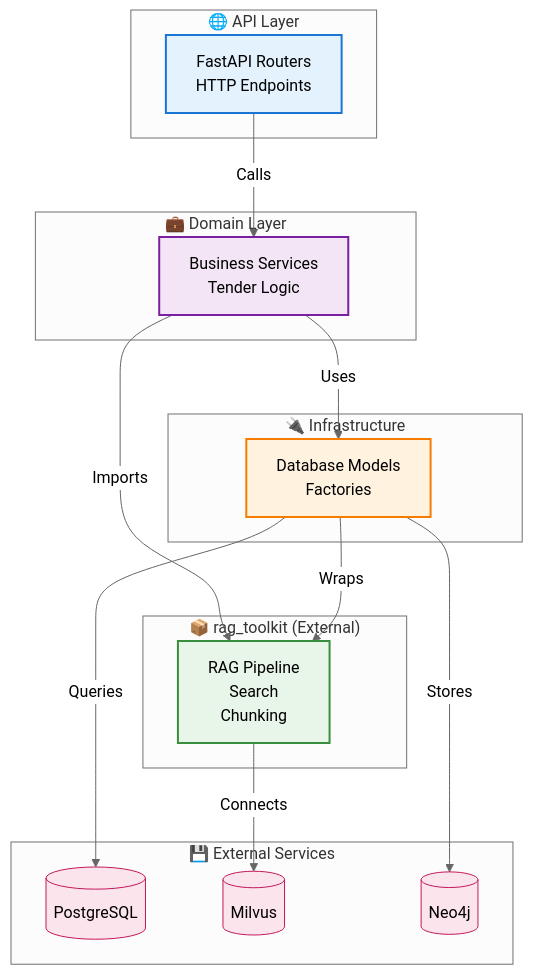
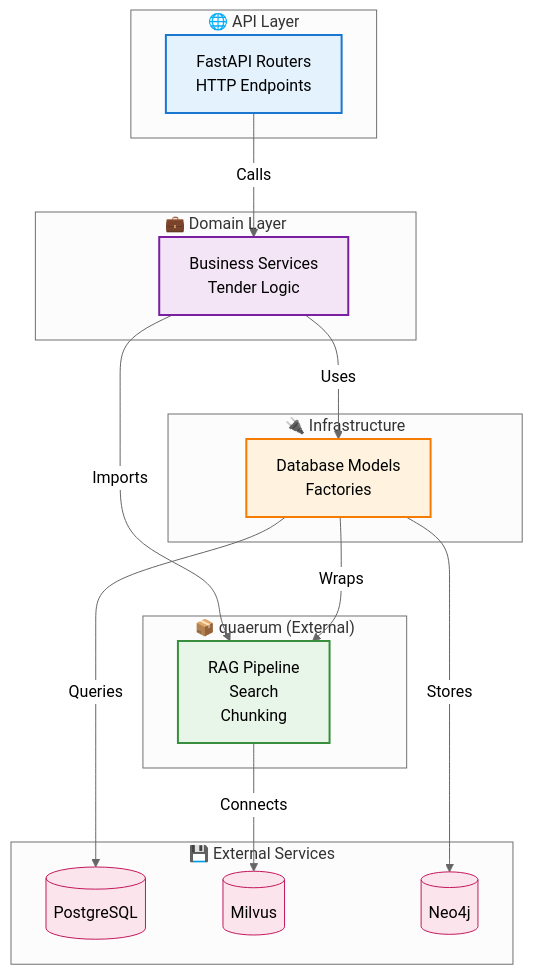
One commit to gmottola00/Tender-RAG-Lab changed the second of 4 diagrams in docs/architecture/overview.md. Above: the diagram before and after it, drawn with Mermaid (neutral theme). The commit also changed other lines of this file and 18 other files, not shown here.

````diff
--- a/docs/architecture/overview.md
+++ b/docs/architecture/overview.md
@@ -123,40 +123,40 @@
 ```mermaid
 graph TB
     subgraph "🌐 API Layer"
         API[FastAPI Routers<br/>HTTP Endpoints]
     end
     
     subgraph "💼 Domain Layer"
         DOM[Business Services<br/>Tender Logic]
     end
     
     subgraph "🔌 Infrastructure"
         INF[Database Models<br/>Factories]
     end
     
-    subgraph "📦 rag_toolkit (External)"
+    subgraph "📦 quaerum (External)"
         RAG[RAG Pipeline<br/>Search<br/>Chunking]
     end
     
     subgraph "💾 External Services"
         DB[(PostgreSQL)]
         VEC[(Milvus)]
         GRAPH[(Neo4j)]
     end
     
     API -->|"Calls"| DOM
     DOM -->|"Uses"| INF
     DOM -->|"Imports"| RAG
     INF -->|"Wraps"| RAG
     RAG -->|"Connects"| VEC
     INF -->|"Queries"| DB
     INF -->|"Stores"| GRAPH
     
     style API fill:#e3f2fd,stroke:#1976d2,stroke-width:2px
     style DOM fill:#f3e5f5,stroke:#7b1fa2,stroke-width:2px
     style INF fill:#fff3e0,stroke:#f57c00,stroke-width:2px
     style RAG fill:#e8f5e9,stroke:#388e3c,stroke-width:2px
     style DB fill:#fce4ec,stroke:#c2185b
     style VEC fill:#fce4ec,stroke:#c2185b
     style GRAPH fill:#fce4ec,stroke:#c2185b
 ```
````
